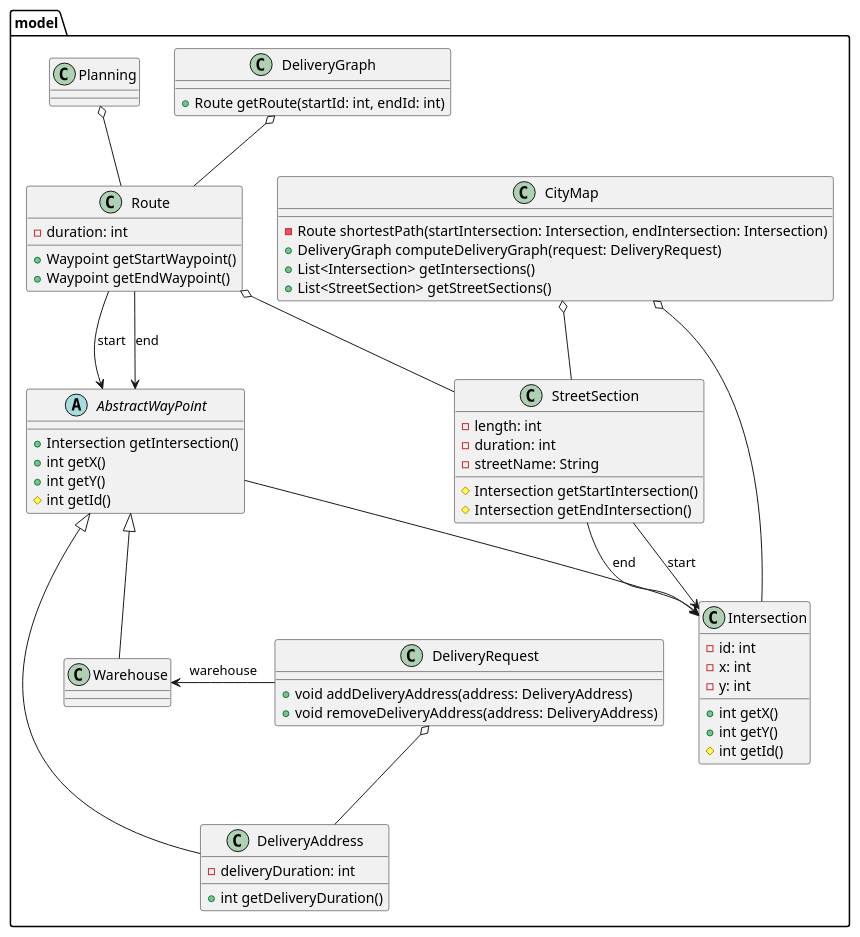
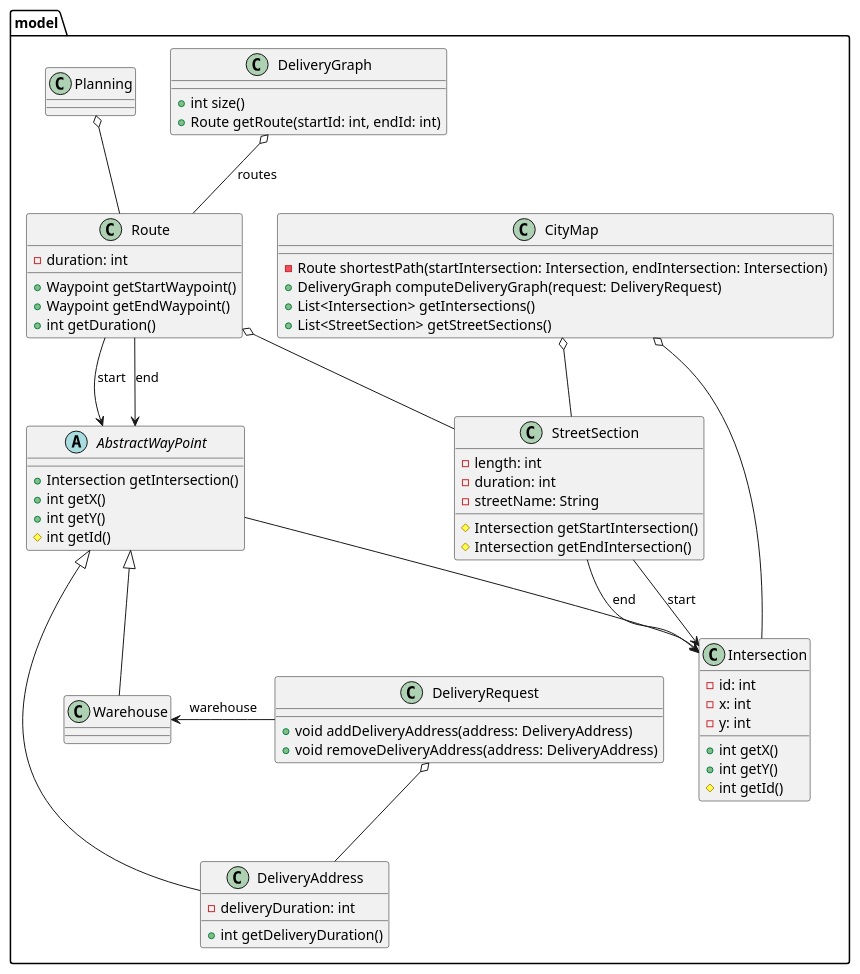
The diagram in docs/uml/package.model.puml (if-h4102/pld-agile), drawn with PlantUML before and after one commit. The commit also changed 2 other files, not shown here.

```diff
--- a/docs/uml/package.model.puml
+++ b/docs/uml/package.model.puml
@@ -1,81 +1,83 @@
 @startuml
 
 package model {
     class CityMap {
        -Route shortestPath(startIntersection: Intersection, endIntersection: Intersection)
        +DeliveryGraph computeDeliveryGraph(request: DeliveryRequest)
        +List<Intersection> getIntersections()
        +List<StreetSection> getStreetSections()
     }
 
     class DeliveryGraph {
+        +int size()
         +Route getRoute(startId: int, endId: int)
     }
 
     class StreetSection {
         -length: int
         -duration: int
         -streetName: String
         #Intersection getStartIntersection()
         #Intersection getEndIntersection()
     }
 
     class Intersection {
         -id: int
         -x: int
         -y: int
         +int getX()
         +int getY()
         #int getId()
     }
 
     abstract class AbstractWayPoint {
         +Intersection getIntersection()
         +int getX()
         +int getY()
         #int getId()
     }
 
     class DeliveryAddress {
         -deliveryDuration: int
 '        -deliveryIntervalStart: int
 '        -deliveryIntervalEnd: int
         +int getDeliveryDuration()
     }
 
     class Warehouse {
     }
 
     class DeliveryRequest {
         +void addDeliveryAddress(address: DeliveryAddress)
         +void removeDeliveryAddress(address: DeliveryAddress)
     }
 
     class Planning {
     }
 
     class Route {
         -duration: int
         +Waypoint getStartWaypoint()
         +Waypoint getEndWaypoint()
+        +int getDuration()
     }
 
     CityMap o-- StreetSection
     CityMap o-- Intersection
     AbstractWayPoint --> Intersection
     StreetSection --> Intersection : end
     StreetSection --> Intersection : start
     Route o-- StreetSection
     Route --> AbstractWayPoint : end
     Route --> AbstractWayPoint : start
     AbstractWayPoint <|-- DeliveryAddress
     AbstractWayPoint <|-- Warehouse
     DeliveryRequest o-- DeliveryAddress
     DeliveryRequest -left-> Warehouse : warehouse
-    DeliveryGraph o-- Route
+    DeliveryGraph o-- Route : routes
     Planning o-- Route
 }
 
 
 
 @enduml
```
